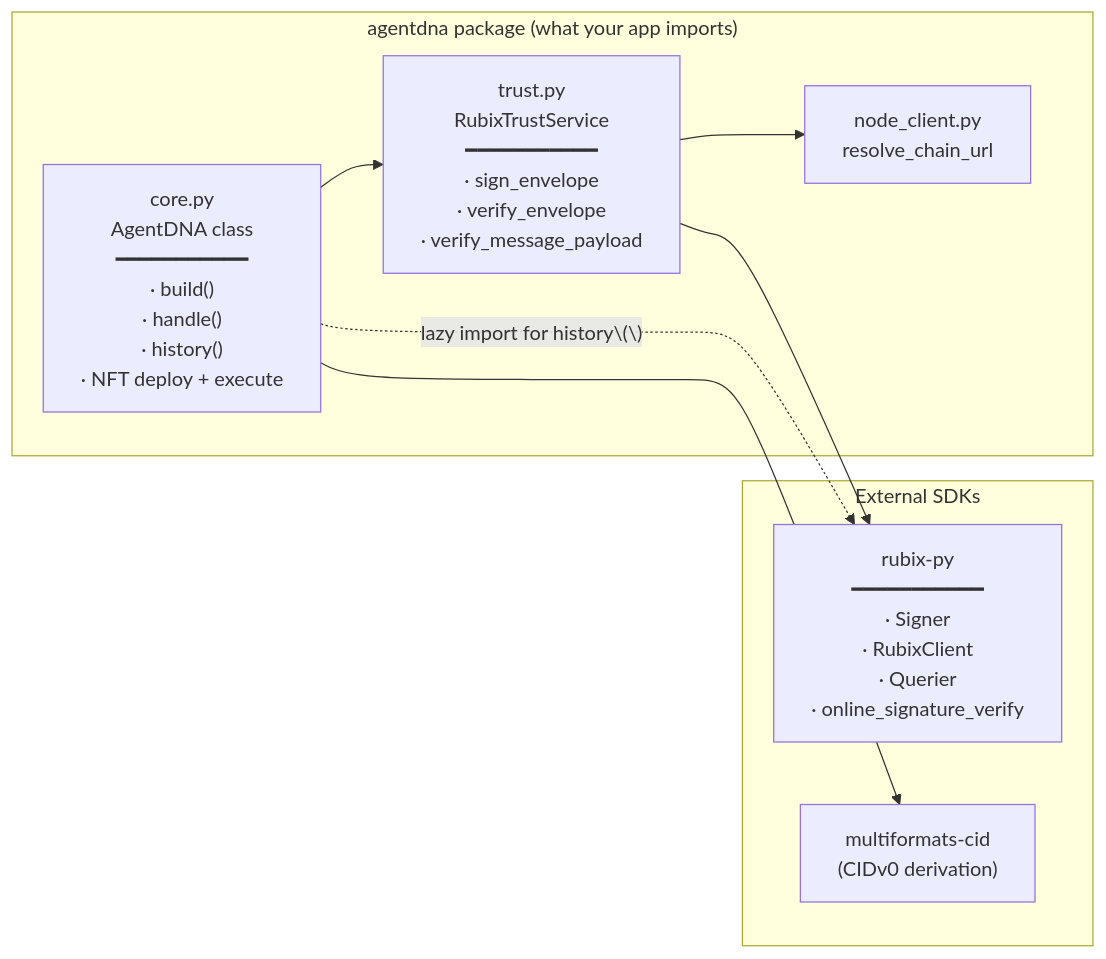
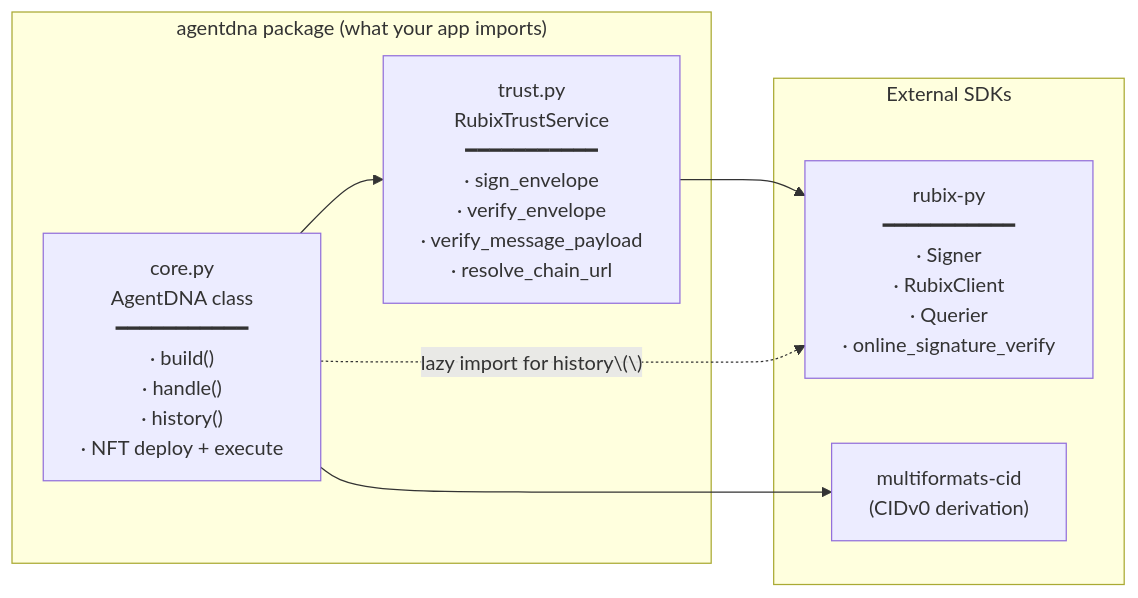
Before and after one commit to agent-dna/agentdna: the first of 3 diagrams in docs/ARCHITECTURE.md, drawn with Mermaid. The commit also changed other lines of this file and 7 other files, not shown here.

````diff
--- a/docs/ARCHITECTURE.md
+++ b/docs/ARCHITECTURE.md
@@ -19,19 +18,17 @@
 ```mermaid
 graph LR
     subgraph "agentdna package (what your app imports)"
         Core["core.py<br/>AgentDNA class<br/>━━━━━━━━━━━<br/>· build()<br/>· handle()<br/>· history()<br/>· NFT deploy + execute"]
-        Trust["trust.py<br/>RubixTrustService<br/>━━━━━━━━━━━<br/>· sign_envelope<br/>· verify_envelope<br/>· verify_message_payload"]
-        Node["node_client.py<br/>resolve_chain_url"]
+        Trust["trust.py<br/>RubixTrustService<br/>━━━━━━━━━━━<br/>· sign_envelope<br/>· verify_envelope<br/>· verify_message_payload<br/>· resolve_chain_url"]
     end
 
     subgraph "External SDKs"
         RubixPy["rubix-py<br/>━━━━━━━━━━━<br/>· Signer<br/>· RubixClient<br/>· Querier<br/>· online_signature_verify"]
         Mhash["multiformats-cid<br/>(CIDv0 derivation)"]
     end
 
     Core --> Trust
     Core --> Mhash
-    Trust --> Node
     Trust --> RubixPy
     Core -. lazy import for history\(\) .-> RubixPy
 ```
````
